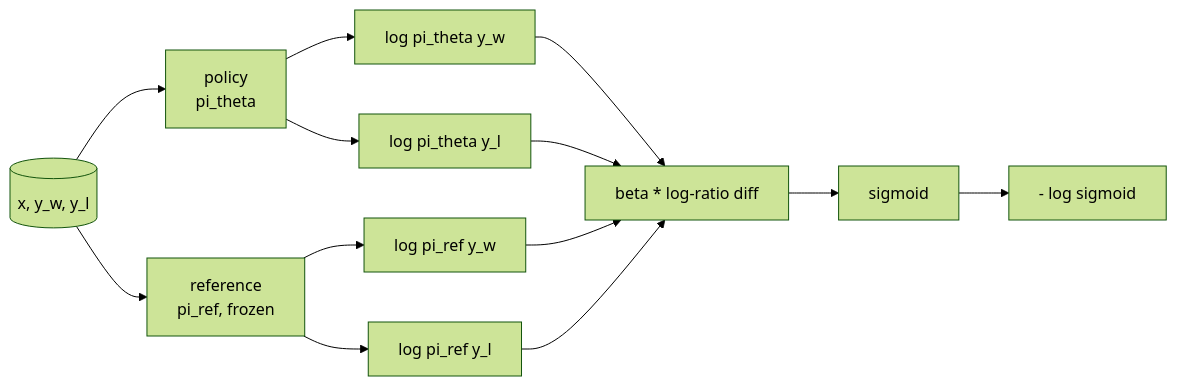
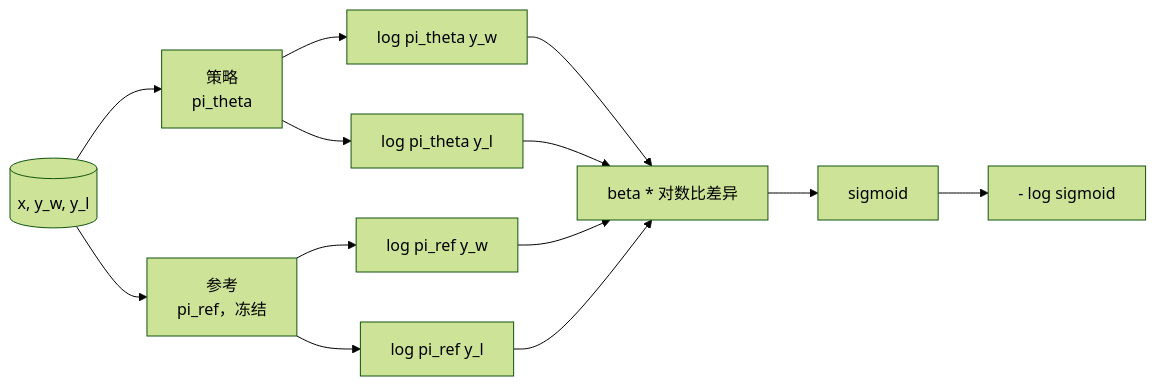
One commit to guangningsun/ailearning changed the first of 2 diagrams in lessons/19-capstone-projects/40-dpo-from-scratch/docs/zh.md. Above: the diagram before and after it, drawn with Mermaid (forest theme). The commit also changed other lines of this file and 85 other files, not shown here.

````diff
--- a/lessons/19-capstone-projects/40-dpo-from-scratch/docs/zh.md
+++ b/lessons/19-capstone-projects/40-dpo-from-scratch/docs/zh.md
@@ -70,15 +70,15 @@
 ```mermaid
 flowchart LR
-  Triple[(x, y_w, y_l)] --> Pol[policy<br/>pi_theta]
-  Triple --> Ref[reference<br/>pi_ref, frozen]
+  Triple[(x, y_w, y_l)] --> Pol[策略<br/>pi_theta]
+  Triple --> Ref[参考<br/>pi_ref，冻结]
   Pol --> LWP[log pi_theta y_w]
   Pol --> LLP[log pi_theta y_l]
   Ref --> LWR[log pi_ref y_w]
   Ref --> LLR[log pi_ref y_l]
-  LWP --> Diff[beta * log-ratio diff]
+  LWP --> Diff[beta * 对数比差异]
   LLP --> Diff
   LWR --> Diff
   LLR --> Diff
   Diff --> Sig[sigmoid]
   Sig --> NLL[- log sigmoid]
 ```
````
